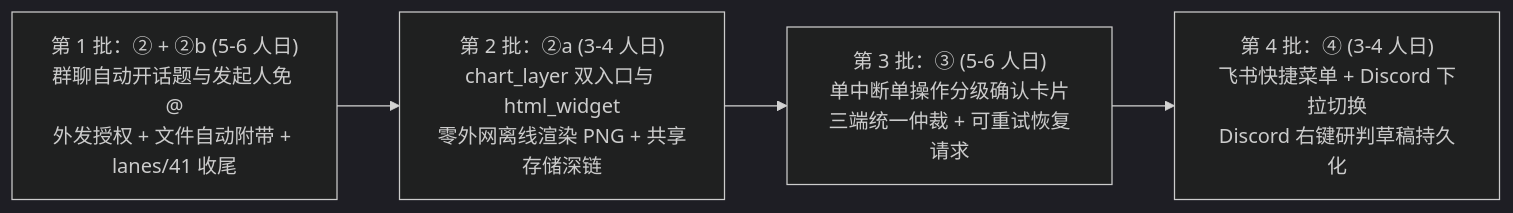
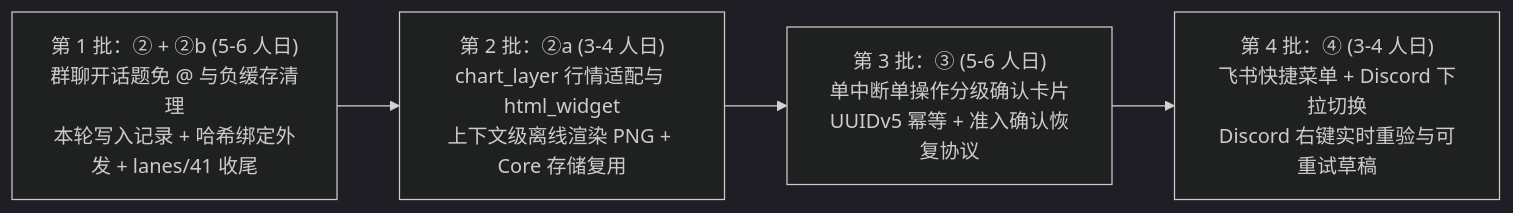
The diagram in docs/dalton/features/channel-phase2.md (everflowinv/dalton-langalpha), drawn with Mermaid (dark theme) before and after one commit. The commit also changed other lines of this file, not shown here.

````diff
--- a/docs/dalton/features/channel-phase2.md
+++ b/docs/dalton/features/channel-phase2.md
@@ -559,6 +631,6 @@
 ```mermaid
 flowchart LR
-    B1["第 1 批：② + ②b (5-6 人日)<br/>群聊自动开话题与发起人免 @<br/>外发授权 + 文件自动附带 + lanes/41 收尾"] --> B2["第 2 批：②a (3-4 人日)<br/>chart_layer 双入口与 html_widget<br/>零外网离线渲染 PNG + 共享存储深链"]
-    B2 --> B3["第 3 批：③ (5-6 人日)<br/>单中断单操作分级确认卡片<br/>三端统一仲裁 + 可重试恢复请求"]
-    B3 --> B4["第 4 批：④ (3-4 人日)<br/>飞书快捷菜单 + Discord 下拉切换<br/>Discord 右键研判草稿持久化"]
+    B1["第 1 批：② + ②b (5-6 人日)<br/>群聊开话题免 @ 与负缓存清理<br/>本轮写入记录 + 哈希绑定外发 + lanes/41 收尾"] --> B2["第 2 批：②a (3-4 人日)<br/>chart_layer 行情适配与 html_widget<br/>上下文级离线渲染 PNG + Core 存储复用"]
+    B2 --> B3["第 3 批：③ (5-6 人日)<br/>单中断单操作分级确认卡片<br/>UUIDv5 幂等 + 准入确认恢复协议"]
+    B3 --> B4["第 4 批：④ (3-4 人日)<br/>飞书快捷菜单 + Discord 下拉切换<br/>Discord 右键实时重验与可重试草稿"]
 ```
````
